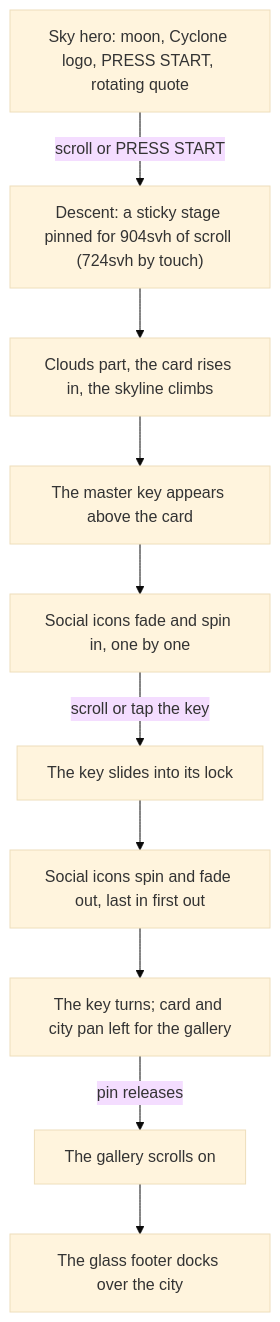
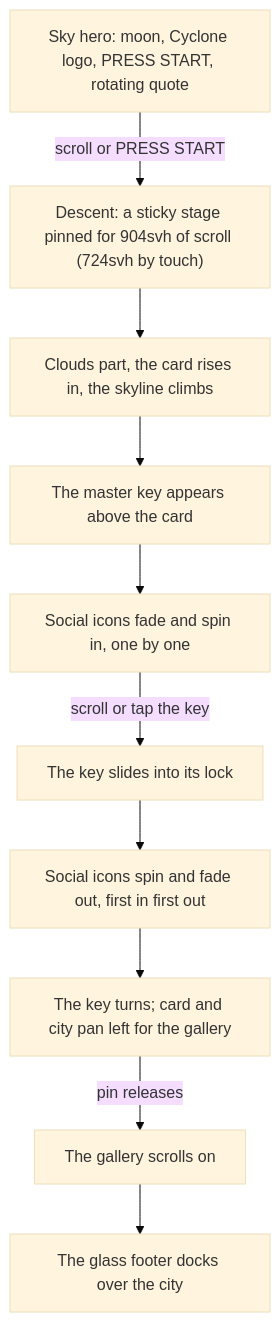
The diagram in README.md (JohnKeysCloud/jkc), drawn with Mermaid (base theme) before and after one commit. The commit also changed other lines of this file and 3 other files, not shown here.

First line of the commit message:
feat: main - send social icons out first in first out

````diff
--- a/README.md
+++ b/README.md
@@ -18,22 +18,22 @@
 ```mermaid
 flowchart TD
   sky["Sky hero: moon, Cyclone logo, PRESS START, rotating quote"]
   descent["Descent: a sticky stage pinned for 904svh of scroll (724svh by touch)"]
   part["Clouds part, the card rises in, the skyline climbs"]
   key["The master key appears above the card"]
   socials["Social icons fade and spin in, one by one"]
   insert["The key slides into its lock"]
-  leave["Social icons spin and fade out, last in first out"]
+  leave["Social icons spin and fade out, first in first out"]
   pan["The key turns; card and city pan left for the gallery"]
   gallery["The gallery scrolls on"]
   dock["The glass footer docks over the city"]
   sky -->|"scroll or PRESS START"| descent
   descent --> part
   part --> key
   key --> socials
   socials -->|"scroll or tap the key"| insert
   insert --> leave
   leave --> pan
   pan -->|"pin releases"| gallery
   gallery --> dock
 ```
````
